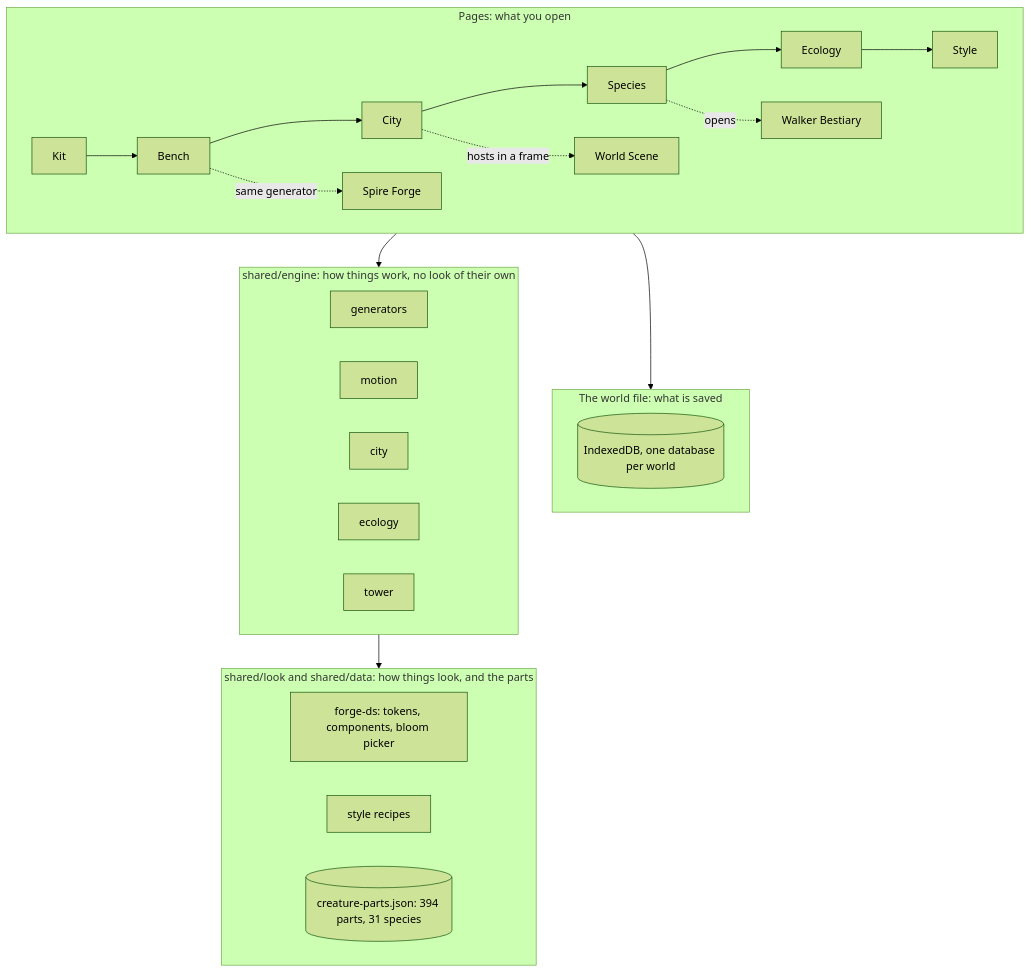
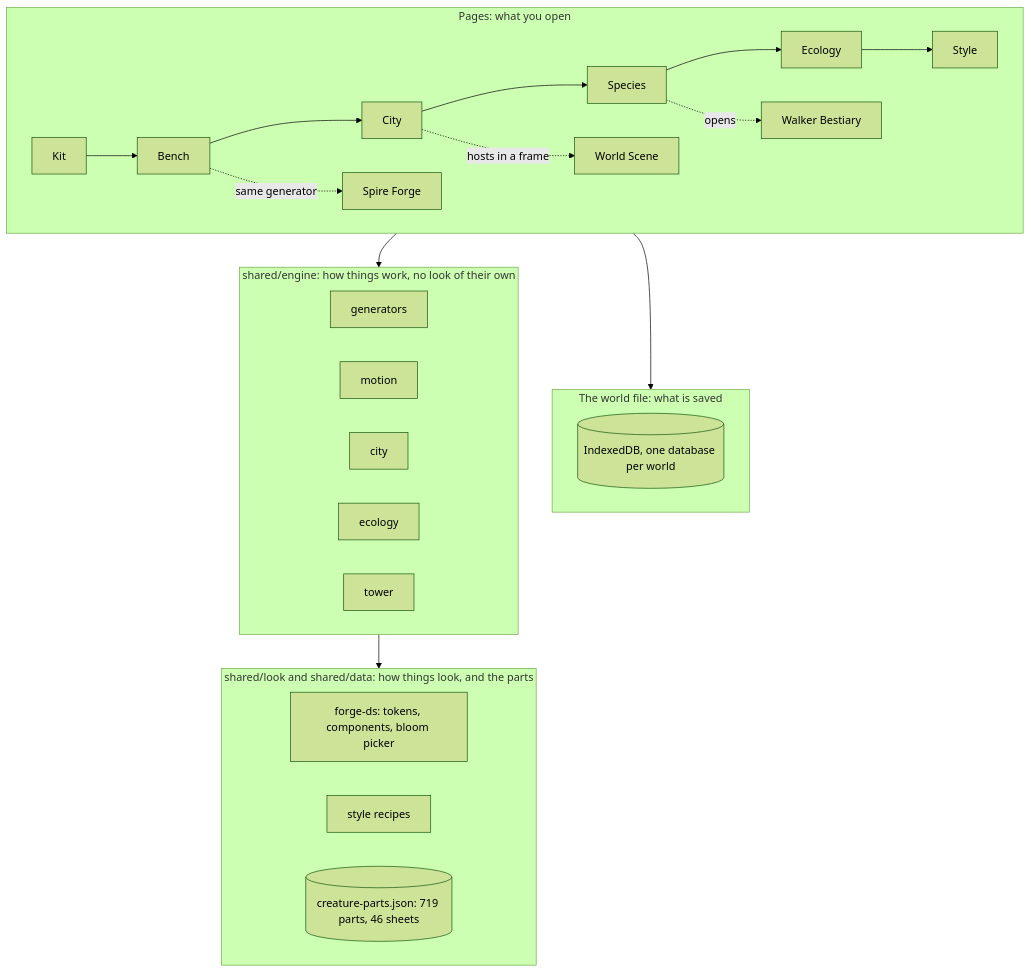
One commit to issacting93/interactions_library changed the first of 8 diagrams in docs/forge-system.md. Above: the diagram before and after it, drawn with Mermaid (forest theme). The commit also changed other lines of this file and 12 other files, not shown here.

````diff
--- a/docs/forge-system.md
+++ b/docs/forge-system.md
@@ -52,33 +53,33 @@
 ```mermaid
 flowchart TB
   subgraph PAGES["Pages: what you open"]
     direction LR
     KIT[Kit] --> BENCH[Bench] --> CITY[City] --> SPECIES[Species] --> ECO[Ecology] --> STYLE[Style]
     BEST[Walker Bestiary]
     SPIRE[Spire Forge]
     WS[World Scene]
   end
   subgraph STORE["The world file: what is saved"]
     DB[(IndexedDB, one database per world)]
   end
   subgraph ENGINE["shared/engine: how things work, no look of their own"]
     direction LR
     GEN[generators]
     MOTION[motion]
     CITYE[city]
     ECOE[ecology]
     TOWER[tower]
   end
   subgraph LOOK["shared/look and shared/data: how things look, and the parts"]
     direction LR
     DS[forge-ds: tokens, components, bloom picker]
     RECIPES[style recipes]
-    PARTS[(creature-parts.json: 394 parts, 31 species)]
+    PARTS[(creature-parts.json: 719 parts, 46 sheets)]
   end
   PAGES --> STORE
   PAGES --> ENGINE
   ENGINE --> LOOK
   CITY -. hosts in a frame .-> WS
   BENCH -. same generator .-> SPIRE
   SPECIES -. opens .-> BEST
 ```
````
